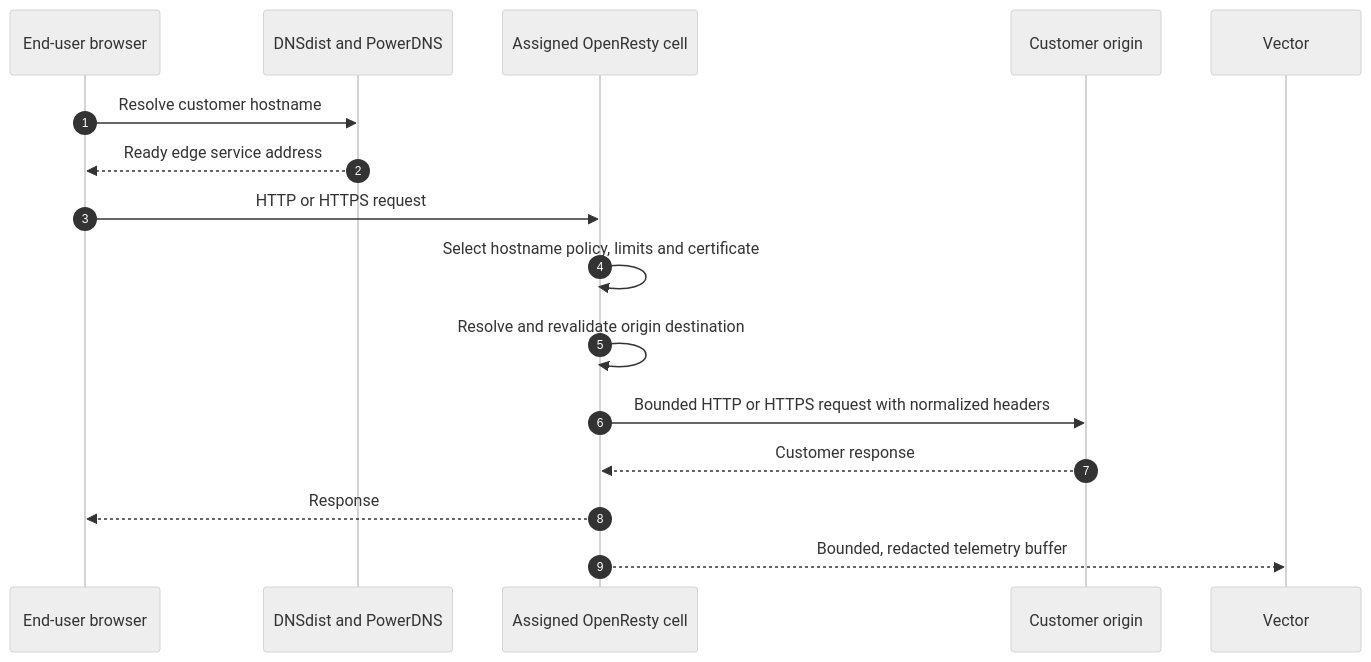
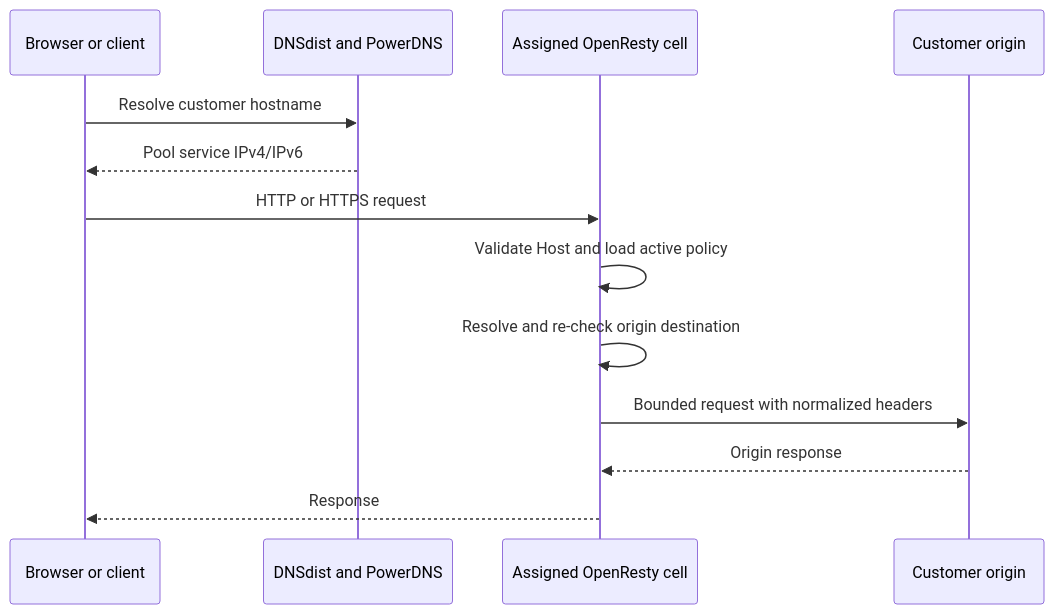
One commit to vaheed/CDNFoundry changed the fourth of 7 diagrams in docs/architecture.md. Above: the diagram before and after it, drawn with Mermaid. The commit also changed other lines of this file and 25 other files, not shown here.

````diff
--- a/docs/architecture.md
+++ b/docs/architecture.md
@@ -97,20 +169,16 @@
 ```mermaid
-%%{init: {"sequence": {"useMaxWidth": true}, "theme": "neutral"}}%%
 sequenceDiagram
-    autonumber
-    participant B as End-user browser
+    participant B as Browser or client
     participant DNS as DNSdist and PowerDNS
-    participant E as Assigned OpenResty cell
+    participant C as Assigned OpenResty cell
     participant O as Customer origin
-    participant V as Vector
 
     B->>DNS: Resolve customer hostname
-    DNS-->>B: Ready edge service address
-    B->>E: HTTP or HTTPS request
-    E->>E: Select hostname policy, limits and certificate
-    E->>E: Resolve and revalidate origin destination
-    E->>O: Bounded HTTP or HTTPS request with normalized headers
-    O-->>E: Customer response
-    E-->>B: Response
-    E-->>V: Bounded, redacted telemetry buffer
+    DNS-->>B: Pool service IPv4/IPv6
+    B->>C: HTTP or HTTPS request
+    C->>C: Validate Host and load active policy
+    C->>C: Resolve and re-check origin destination
+    C->>O: Bounded request with normalized headers
+    O-->>C: Origin response
+    C-->>B: Response
 ```
````
